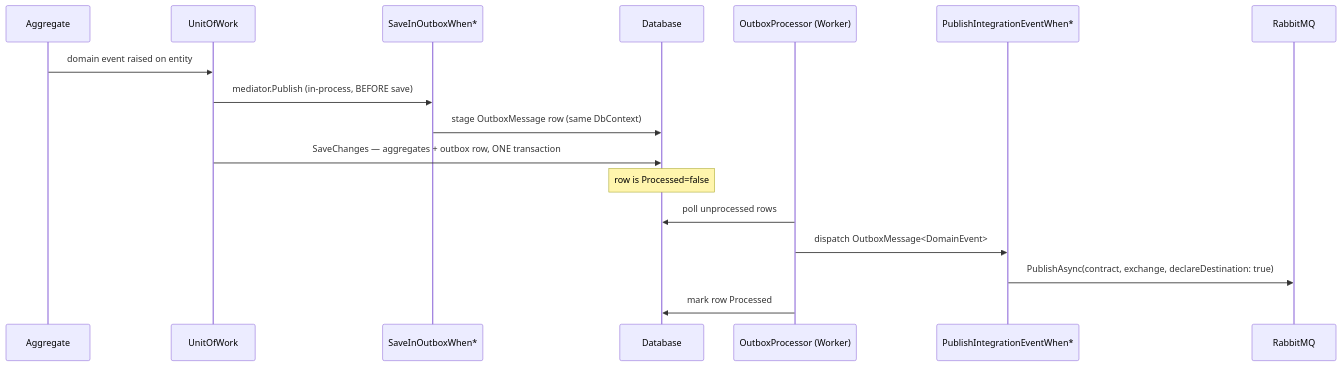
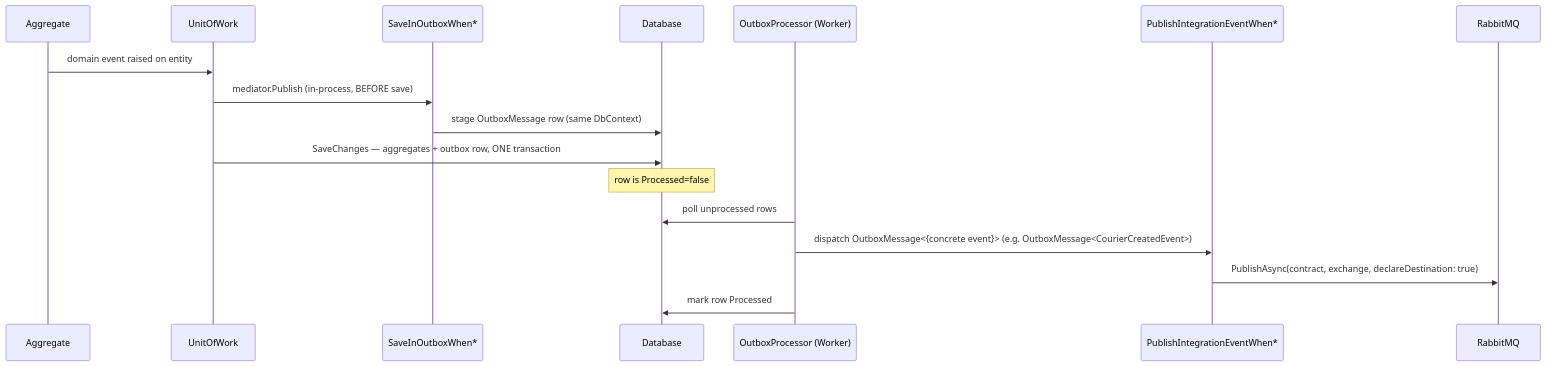
The second of 3 diagrams in docs/connectivity-and-messaging.md (DruGuerrero/nurtricenter-logistics-and-delivery), drawn with Mermaid before and after one commit. The commit also changed other lines of this file and 20 other files, not shown here.

````diff
--- a/docs/connectivity-and-messaging.md
+++ b/docs/connectivity-and-messaging.md
@@ -94,20 +100,20 @@
 ```mermaid
 sequenceDiagram
     participant A as Aggregate
     participant U as UnitOfWork
     participant S as SaveInOutboxWhen*
     participant DB as Database
     participant P as OutboxProcessor (Worker)
     participant H as PublishIntegrationEventWhen*
     participant R as RabbitMQ
 
     A->>U: domain event raised on entity
     U->>S: mediator.Publish (in-process, BEFORE save)
     S->>DB: stage OutboxMessage row (same DbContext)
     U->>DB: SaveChanges — aggregates + outbox row, ONE transaction
     Note over DB: row is Processed=false
     P->>DB: poll unprocessed rows
-    P->>H: dispatch OutboxMessage<DomainEvent>
+    P->>H: dispatch OutboxMessage<{concrete event}> (e.g. OutboxMessage<CourierCreatedEvent>)
     H->>R: PublishAsync(contract, exchange, declareDestination: true)
     P->>DB: mark row Processed
 ```
````
